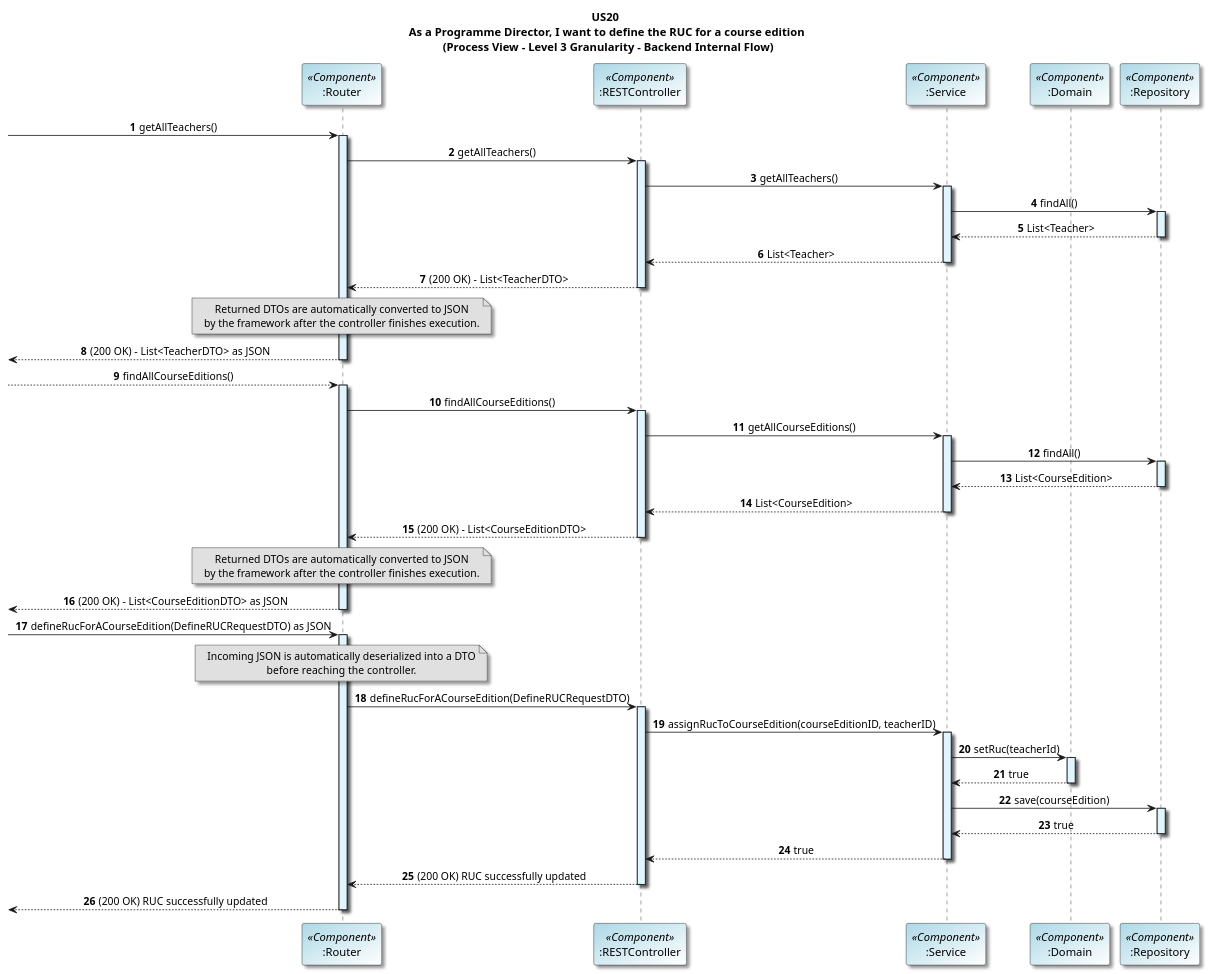
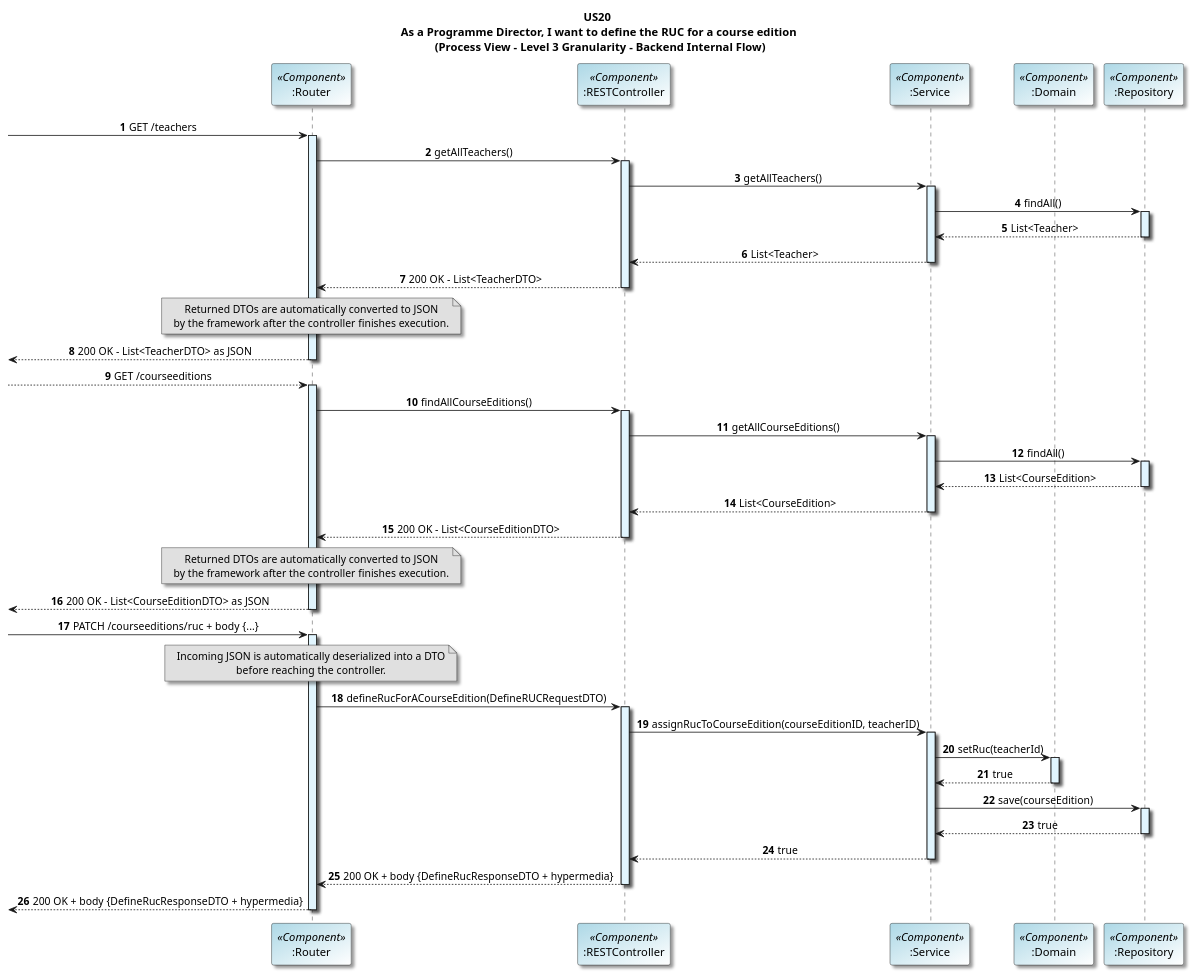
The diagram in docs/US20/sprint6_RestAPI/processView/DefineRUCForACourseEdition_Level3Granularity.puml (GasparISEP/DevOps-PAI), drawn with PlantUML before and after one commit.

Commit message:
Refs #648: Refactor L3 process view diagram for Define RUC - improved message descriptions with HTTP methods and status codes

```diff
--- a/docs/US20/sprint6_RestAPI/processView/DefineRUCForACourseEdition_Level3Granularity.puml
+++ b/docs/US20/sprint6_RestAPI/processView/DefineRUCForACourseEdition_Level3Granularity.puml
@@ -1,104 +1,104 @@
 @startuml
 title US20 \n As a Programme Director, I want to define the RUC for a course edition \n (Process View - Level 3 Granularity - Backend Internal Flow)
 
 skinparam titleFontName "Verdana"
 skinparam defaultFontName "Verdana"
 skinparam defaultTextAlignment center
 skinparam shadowing true
 skinparam actorBackgroundColor #lightblue
 skinparam participantBackgroundColor #lightblue/white
 autonumber
 
 participant ":Router" as Router <<Component>>
 participant ":RESTController" as Controller <<Component>>
 participant ":Service" as Service <<Component>>
 participant ":Domain" as Domain <<Component>>
 participant ":Repository" as Repository <<Component>>
 
 
--> Router: getAllTeachers()
+-> Router: GET /teachers
 
 
 activate Router #E1F5FE
 
 Router -> Controller: getAllTeachers()
 activate Controller  #E1F5FE
 
 Controller -> Service: getAllTeachers()
 activate Service  #E1F5FE
 
 Service -> Repository: findAll()
 activate Repository  #E1F5FE
 
 
 Repository --> Service: List<Teacher>
 deactivate Repository
 Service --> Controller: List<Teacher>
 deactivate Service
-Controller --> Router: (200 OK) – List<TeacherDTO>
+Controller --> Router: 200 OK – List<TeacherDTO>
 deactivate Controller
 note over Router #E0E0E0
   Returned DTOs are automatically converted to JSON
   by the framework after the controller finishes execution.
 end note
-<-- Router: (200 OK) – List<TeacherDTO> as JSON
+<-- Router: 200 OK – List<TeacherDTO> as JSON
 deactivate Router
 
 
 
 
 
---> Router: findAllCourseEditions()
+--> Router: GET /courseeditions
 activate Router  #E1F5FE
 Router -> Controller: findAllCourseEditions()
 activate Controller  #E1F5FE
 
 Controller -> Service: getAllCourseEditions()
 activate Service  #E1F5FE
 
 Service -> Repository: findAll()
 activate Repository  #E1F5FE
 
 Repository --> Service: List<CourseEdition>
 deactivate Repository
 Service --> Controller: List<CourseEdition>
 deactivate Service
-Controller --> Router: (200 OK) – List<CourseEditionDTO>
+Controller --> Router: 200 OK – List<CourseEditionDTO>
 deactivate Controller
 note over Router #E0E0E0
   Returned DTOs are automatically converted to JSON
   by the framework after the controller finishes execution.
 end note
-<-- Router: (200 OK) - List<CourseEditionDTO> as JSON
+<-- Router: 200 OK - List<CourseEditionDTO> as JSON
 deactivate Router
 
--> Router: defineRucForACourseEdition(DefineRUCRequestDTO) as JSON
+-> Router: PATCH /courseeditions/ruc + body {...}
 activate Router #E1F5FE
 
 note over Router #E0E0E0
   Incoming JSON is automatically deserialized into a DTO
   before reaching the controller.
 end note
 
 Router -> Controller: defineRucForACourseEdition(DefineRUCRequestDTO)
 activate Controller  #E1F5FE
 
 Controller -> Service: assignRucToCourseEdition(courseEditionID, teacherID)
 activate Service  #E1F5FE
 
 Service -> Domain: setRuc(teacherId)
 activate Domain  #E1F5FE
 Domain --> Service: true
 deactivate Domain
 
 Service -> Repository: save(courseEdition)
 activate Repository  #E1F5FE
 Repository --> Service: true
 deactivate Repository
 Service --> Controller: true
 deactivate Service
-Controller --> Router: (200 OK) RUC successfully updated
+Controller --> Router:  200 OK + body {DefineRucResponseDTO + hypermedia}
 deactivate Controller
-<-- Router: (200 OK) RUC successfully updated
+<-- Router: 200 OK + body {DefineRucResponseDTO + hypermedia}
 deactivate Router
 @enduml
```
